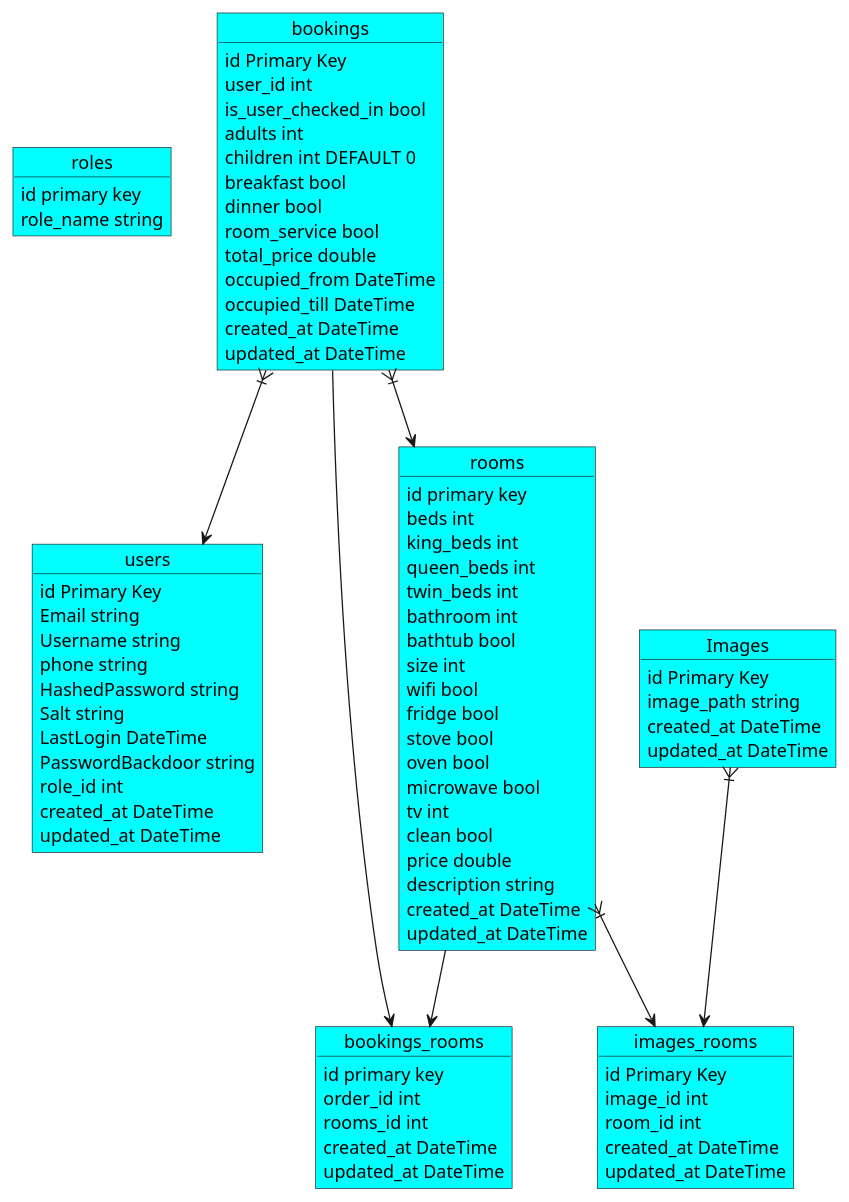
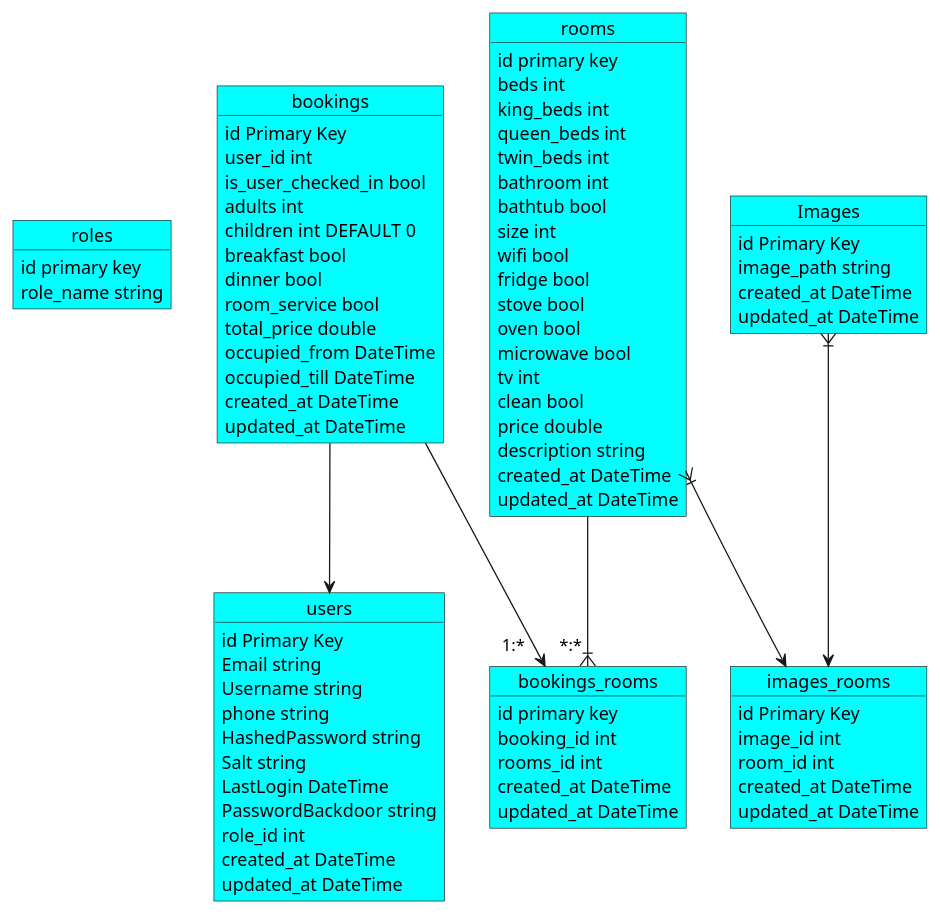
The diagram in API/Docs/DbDiagram.puml (Mercantec-GHC/h2-projekt-h2-2025-gruppe-2), drawn with PlantUML before and after one commit. The commit also changed 13 other files, not shown here.

```diff
--- a/API/Docs/DbDiagram.puml
+++ b/API/Docs/DbDiagram.puml
@@ -1,104 +1,103 @@
 @startuml
 'https://plantuml.com/sequence-diagram
 
 skinparam class{
     BackgroundColor LightGreen
 }
 
 skinparam object{
     BackgroundColor Cyan
 }
 
 skinparam json{
     BackgroundColor LightGreen
 }
 
 object roles {
 	id primary key
 	role_name string
 }
 
 object users {
 	id Primary Key
 	Email string
 	Username string
 	phone string
 	HashedPassword string
 	Salt string
 	LastLogin DateTime
 	PasswordBackdoor string
 	role_id int
 	created_at DateTime
 	updated_at DateTime
 }
 
 object bookings {
 	id Primary Key
 	user_id int
 	is_user_checked_in bool
 	adults int
 	children int DEFAULT 0
 	breakfast bool
 	dinner bool
 	room_service bool
 	total_price double
 	occupied_from DateTime
 	occupied_till DateTime
 	created_at DateTime
 	updated_at DateTime
 }
 
 object rooms {
 	id primary key
 	beds int
 	king_beds int
 	queen_beds int
 	twin_beds int
 	bathroom int
 	bathtub bool
 	size int
 	wifi bool
 	fridge bool
 	stove bool
 	oven bool
 	microwave bool
 	tv int
 	clean bool
 	price double
 	description string
 	created_at DateTime
 	updated_at DateTime
 }
 
 'One-to-Many'
 object bookings_rooms {
 	id primary key
-	order_id int
+	booking_id int
 	rooms_id int
 	created_at DateTime
 	updated_at DateTime
 }
 
 object Images {
 	id Primary Key
 	image_path string
 	created_at DateTime
 	updated_at DateTime
 }
 
 'Many-to-Many'
 object images_rooms{
 	id Primary Key
 	image_id int
 	room_id int
 	created_at DateTime
 	updated_at DateTime
 }
 
-bookings }|--> rooms
-rooms --> bookings_rooms
-bookings --> bookings_rooms
-bookings }|--> users
+rooms --|{ "*:* " bookings_rooms
+bookings --> "1:*   " bookings_rooms
+bookings --> users
 Images }|--> images_rooms
-rooms }|--> images_rooms
+rooms }|-->  images_rooms
 @enduml
```
